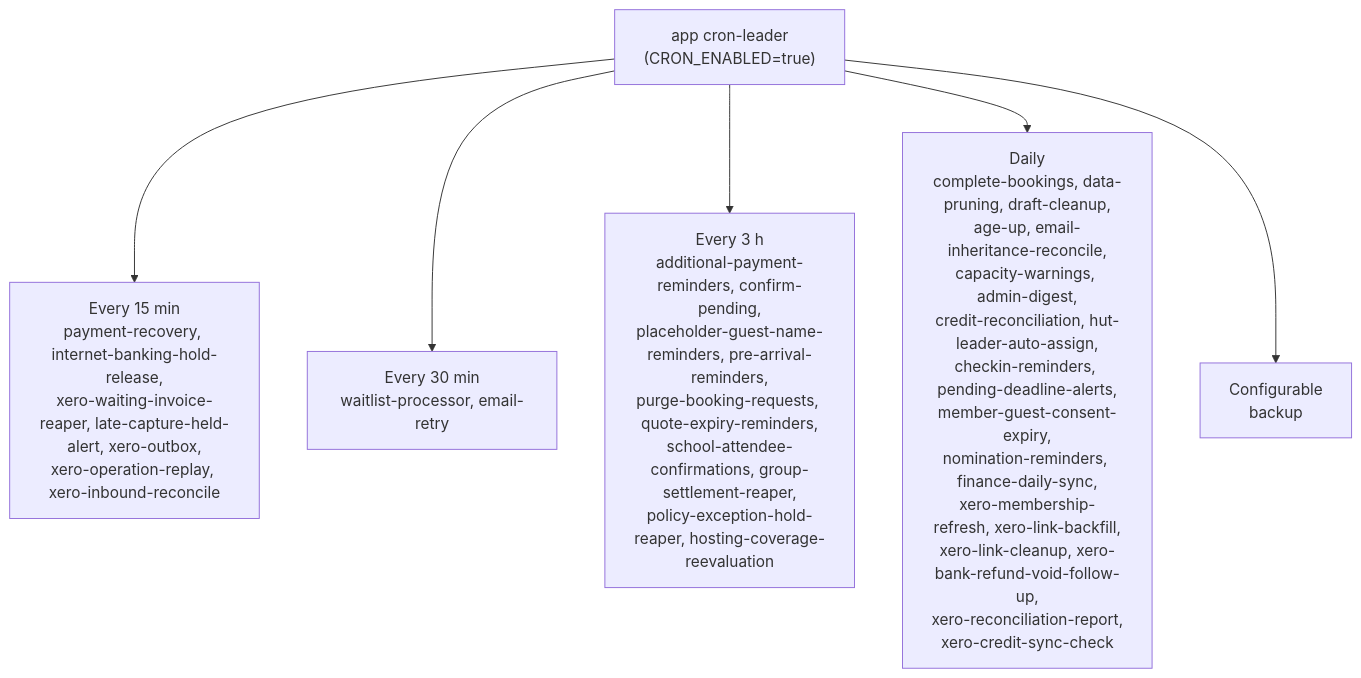
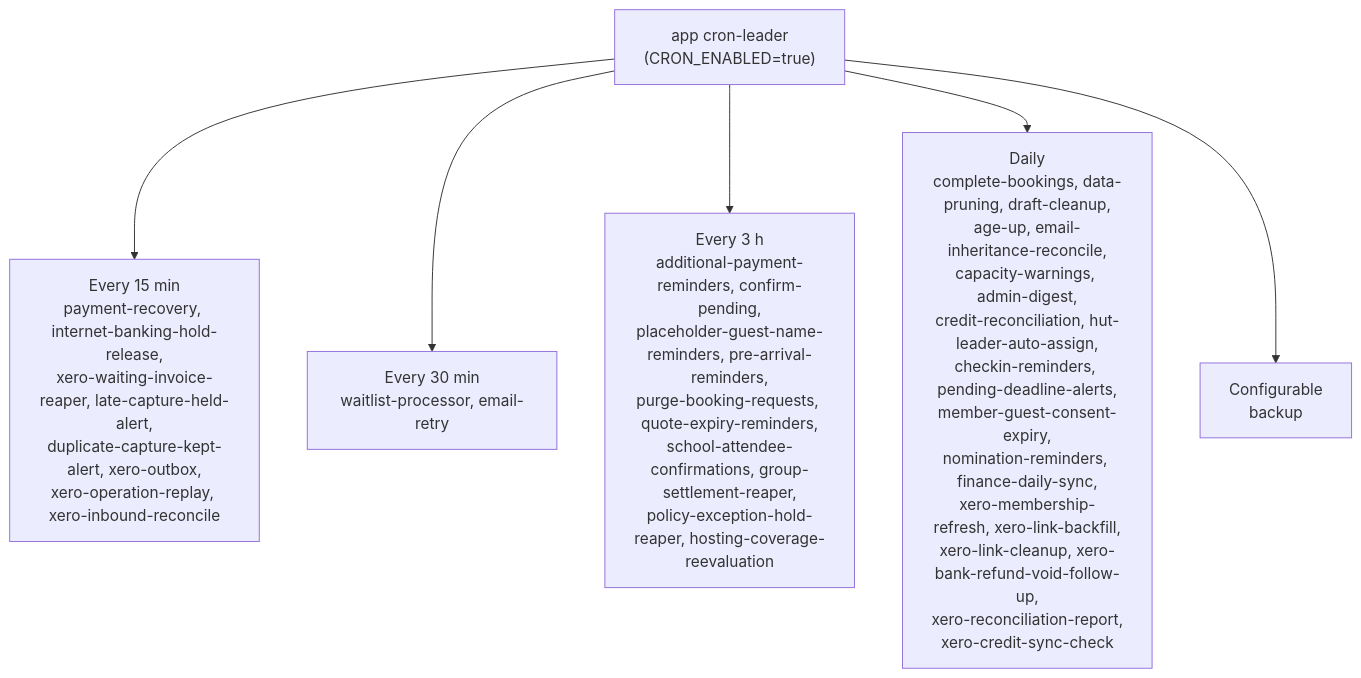
Before and after one commit to hitchcocknz/AlpineClubBookingsNZ: the fifth of 5 diagrams in docs/ARCHITECTURE.md, drawn with Mermaid. The commit also changed other lines of this file and 30 other files, not shown here.

````diff
--- a/docs/ARCHITECTURE.md
+++ b/docs/ARCHITECTURE.md
@@ -3290,9 +3290,9 @@
 ```mermaid
 flowchart TD
     Leader["app cron-leader<br/>(CRON_ENABLED=true)"]
-    Leader --> Q15["Every 15 min<br/>payment-recovery, internet-banking-hold-release,<br/>xero-waiting-invoice-reaper, late-capture-held-alert, xero-outbox,<br/>xero-operation-replay, xero-inbound-reconcile"]
+    Leader --> Q15["Every 15 min<br/>payment-recovery, internet-banking-hold-release,<br/>xero-waiting-invoice-reaper, late-capture-held-alert,<br/>duplicate-capture-kept-alert, xero-outbox,<br/>xero-operation-replay, xero-inbound-reconcile"]
     Leader --> Q30["Every 30 min<br/>waitlist-processor, email-retry"]
     Leader --> Q3h["Every 3 h<br/>additional-payment-reminders, confirm-pending,<br/>placeholder-guest-name-reminders, pre-arrival-reminders,<br/>purge-booking-requests, quote-expiry-reminders,<br/>school-attendee-confirmations, group-settlement-reaper,<br/>policy-exception-hold-reaper, hosting-coverage-reevaluation"]
     Leader --> Daily["Daily<br/>complete-bookings, data-pruning, draft-cleanup,<br/>age-up, email-inheritance-reconcile,<br/>capacity-warnings, admin-digest,<br/>credit-reconciliation, hut-leader-auto-assign,<br/>checkin-reminders, pending-deadline-alerts,<br/>member-guest-consent-expiry,<br/>nomination-reminders, finance-daily-sync,<br/>xero-membership-refresh, xero-link-backfill,<br/>xero-link-cleanup, xero-bank-refund-void-follow-up,<br/>xero-reconciliation-report,<br/>xero-credit-sync-check"]
     Leader --> Cfg["Configurable<br/>backup"]
 ```
````
